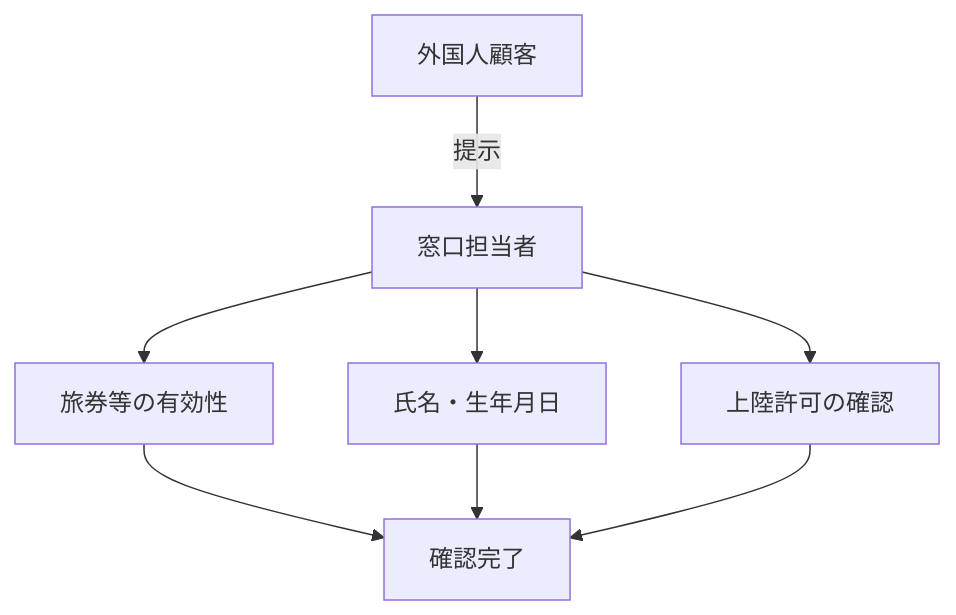
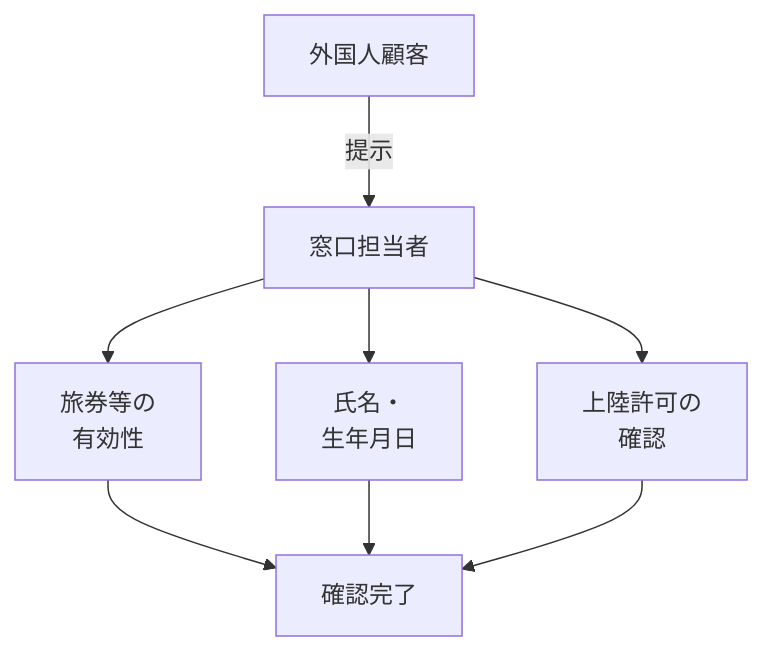
Diagram 16 of 21 in hanshuho.md (CiderH2CO3/study-hanshuho), drawn with Mermaid before and after one commit. The commit also changed other lines of this file and 1 other file, not shown here.

````diff
--- a/hanshuho.md
+++ b/hanshuho.md
@@ -485,8 +628,8 @@
 ```mermaid
 graph TD
     User[外国人顧客] -->|提示| Staff[窓口担当者]
-    Staff --> Check1[旅券等の有効性]
-    Staff --> Check2[氏名・生年月日]
-    Staff --> Check3[上陸許可の確認]
+    Staff --> Check1[旅券等の<br/>有効性]
+    Staff --> Check2[氏名・<br/>生年月日]
+    Staff --> Check3[上陸許可の<br/>確認]
     Check1 & Check2 & Check3 --> Done[確認完了]
 ```
````
